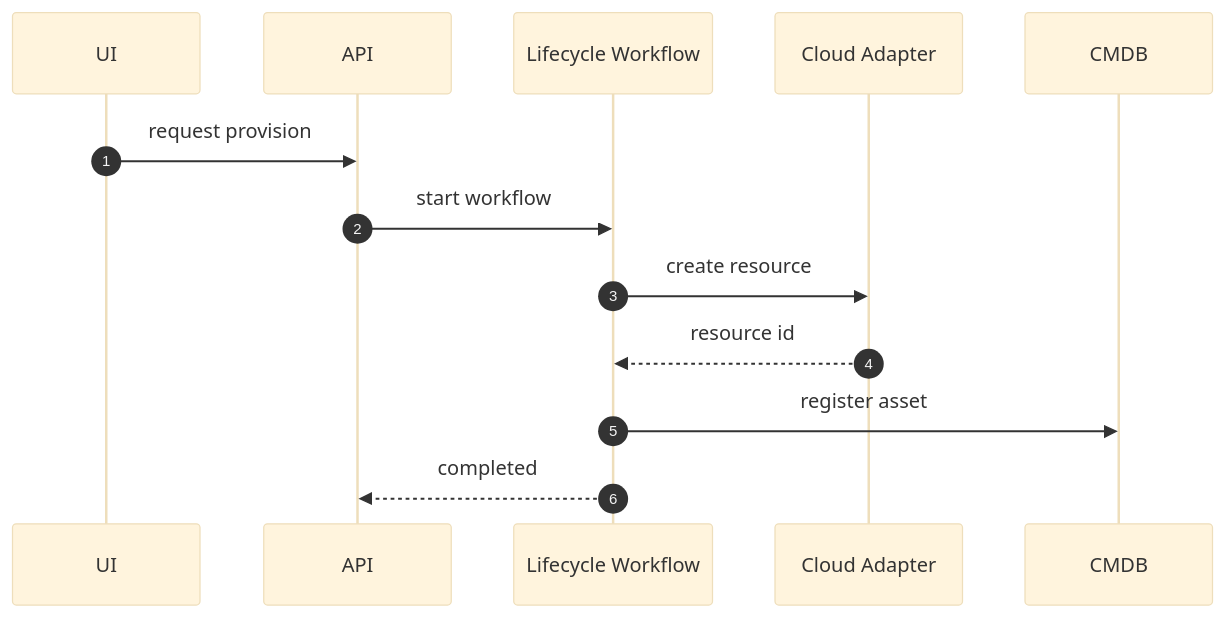
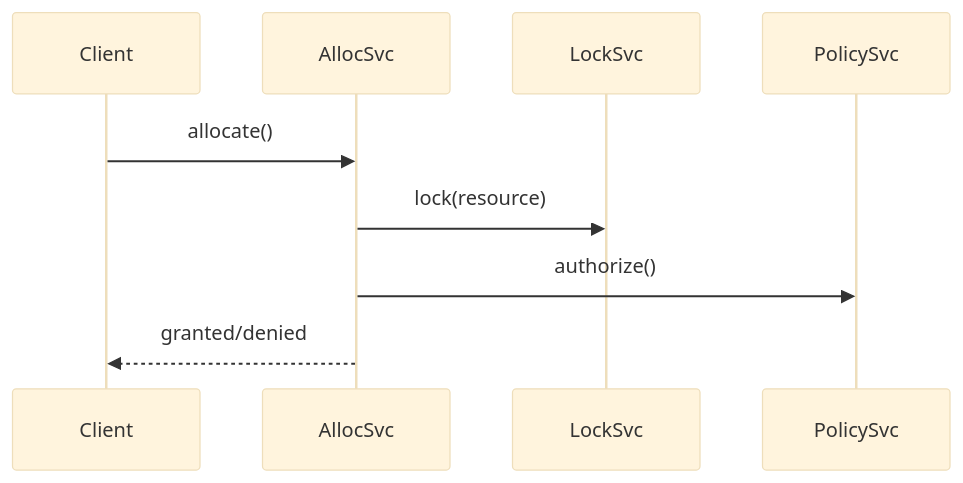
The diagram in Resource Lifecycle Management Platform/detailed-design/sequence-diagrams.md (0Ankit0/Project-Ideas), drawn with Mermaid (base theme) before and after one commit. The commit also changed other lines of this file and 37 other files, not shown here.

````diff
--- a/Resource Lifecycle Management Platform/detailed-design/sequence-diagrams.md
+++ b/Resource Lifecycle Management Platform/detailed-design/sequence-diagrams.md
@@ -3,15 +34,11 @@
 ```mermaid
 sequenceDiagram
-  autonumber
-  participant UI
-  participant API
-  participant WF as Lifecycle Workflow
-  participant Cloud as Cloud Adapter
-  participant CMDB
-  UI->>API: request provision
-  API->>WF: start workflow
-  WF->>Cloud: create resource
-  Cloud-->>WF: resource id
-  WF->>CMDB: register asset
-  WF-->>API: completed
+  participant Client
+  participant AllocSvc
+  participant LockSvc
+  participant PolicySvc
+  Client->>AllocSvc: allocate()
+  AllocSvc->>LockSvc: lock(resource)
+  AllocSvc->>PolicySvc: authorize()
+  AllocSvc-->>Client: granted/denied
 ```
````
